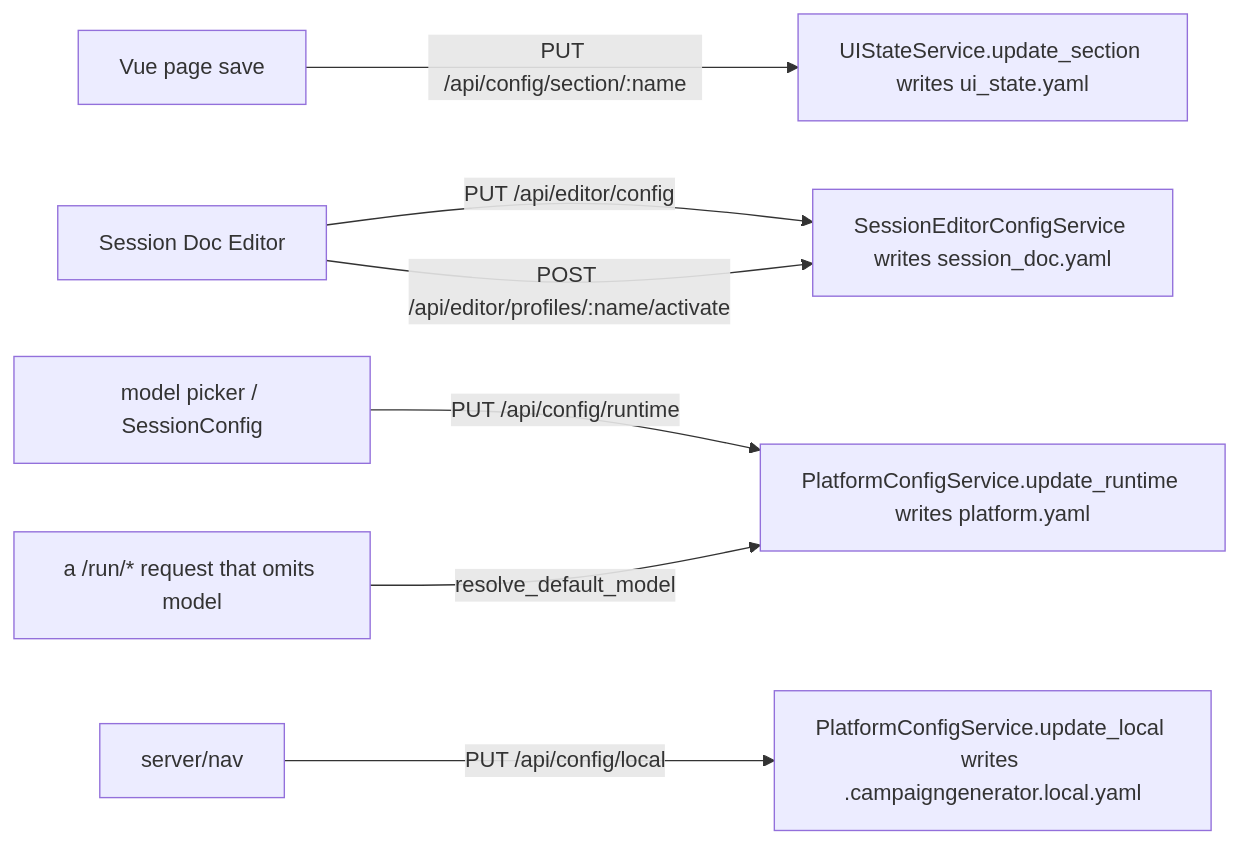
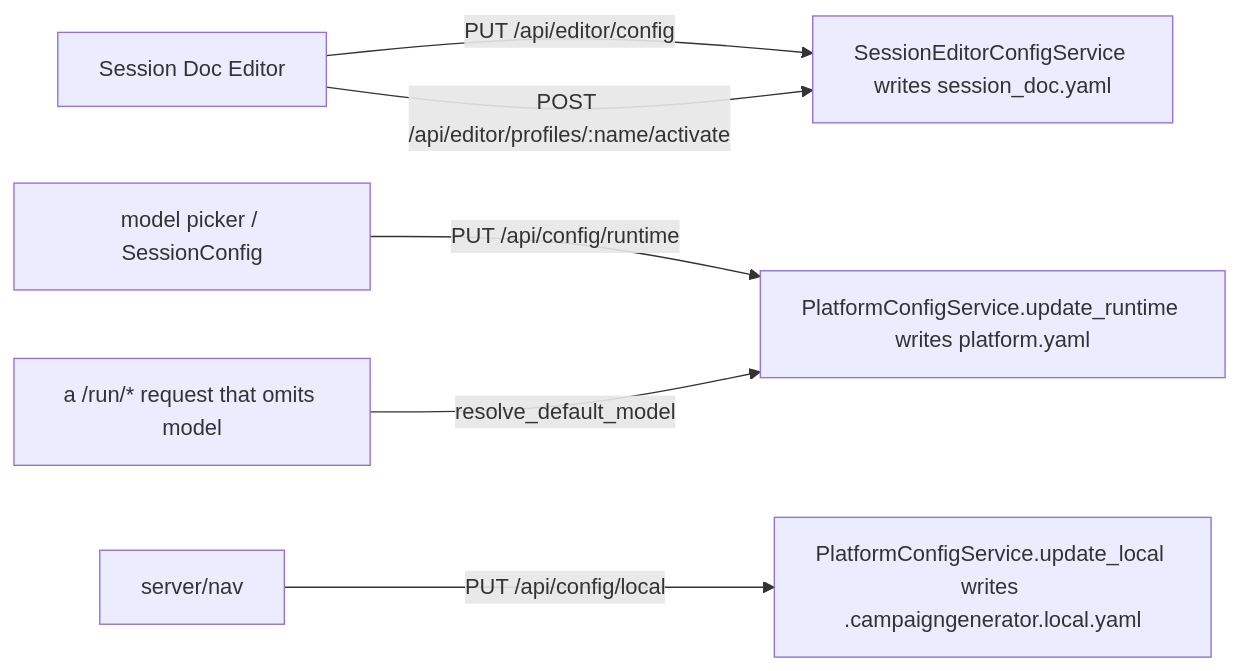
The diagram in docs/config/values.md (kostadis/CampaignGenerator), drawn with Mermaid before and after one commit. The commit also changed other lines of this file and 13 other files, not shown here.

````diff
--- a/docs/config/values.md
+++ b/docs/config/values.md
@@ -8,9 +8,8 @@
 ```mermaid
 flowchart LR
-  Page[Vue page save] -->|PUT /api/config/section/:name| US["UIStateService.update_section writes ui_state.yaml"]
   Editor[Session Doc Editor] -->|PUT /api/editor/config| SES["SessionEditorConfigService writes session_doc.yaml"]
   Editor -->|POST /api/editor/profiles/:name/activate| SES
   Picker["model picker / SessionConfig"] -->|PUT /api/config/runtime| RT["PlatformConfigService.update_runtime writes platform.yaml"]
   LocalUI["server/nav"] -->|PUT /api/config/local| LOC["PlatformConfigService.update_local writes .campaigngenerator.local.yaml"]
   RunReq["a /run/* request that omits model"] -->|resolve_default_model| RT
 ```
````
